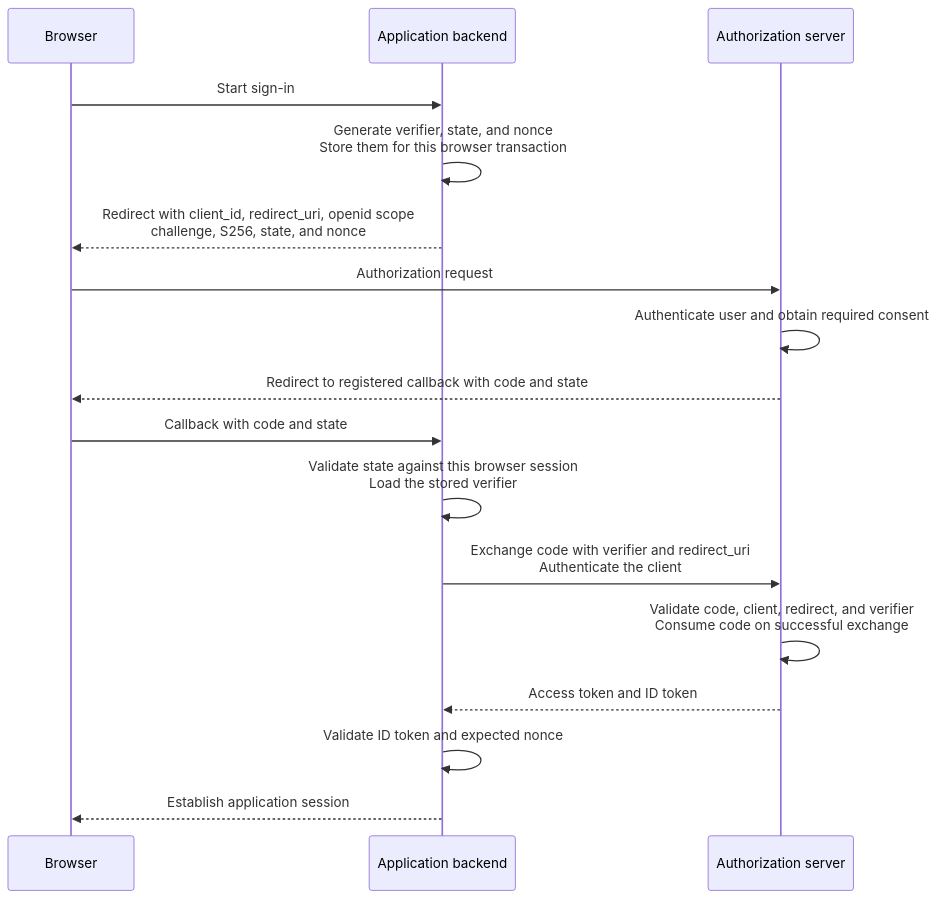
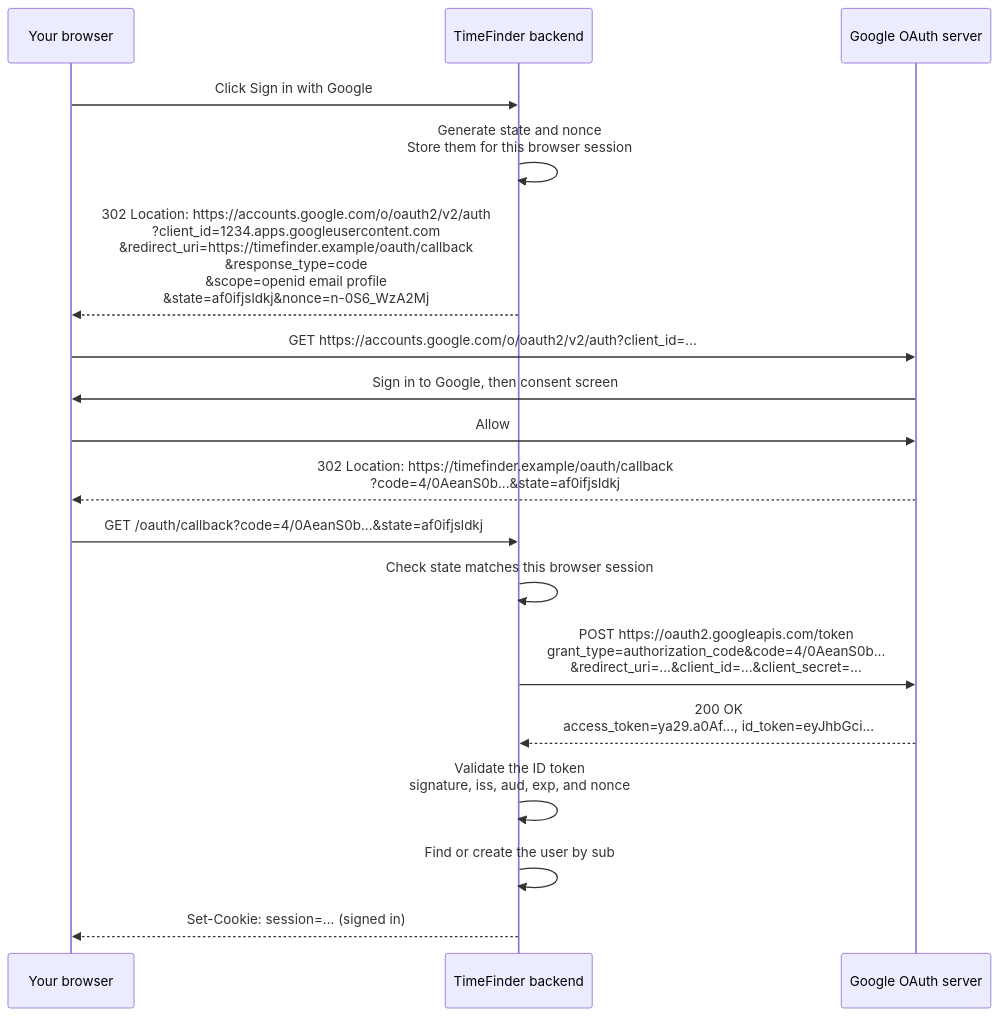
Before and after one commit to fsw0422/sd-handbook: the third of 5 diagrams in cheatsheets/oauth.md, drawn with Mermaid. The commit also changed other lines of this file and 1 other file, not shown here.

First line of the commit message:
docs: add URLs to OAuth diagrams, explain app-only access, split OIDC from PKCE

````diff
--- a/cheatsheets/oauth.md
+++ b/cheatsheets/oauth.md
@@ -122,20 +163,21 @@
 ```mermaid
 sequenceDiagram
-    participant B as Browser
-    participant C as Application backend
-    participant A as Authorization server
+    participant U as Your browser
+    participant T as TimeFinder backend
+    participant G as Google OAuth server
 
-    B->>C: Start sign-in
-    C->>C: Generate verifier, state, and nonce<br/>Store them for this browser transaction
-    C-->>B: Redirect with client_id, redirect_uri, openid scope<br/>challenge, S256, state, and nonce
-    B->>A: Authorization request
-    A->>A: Authenticate user and obtain required consent
-    A-->>B: Redirect to registered callback with code and state
-    B->>C: Callback with code and state
-    C->>C: Validate state against this browser session<br/>Load the stored verifier
-    C->>A: Exchange code with verifier and redirect_uri<br/>Authenticate the client
-    A->>A: Validate code, client, redirect, and verifier<br/>Consume code on successful exchange
-    A-->>C: Access token and ID token
-    C->>C: Validate ID token and expected nonce
-    C-->>B: Establish application session
+    U->>T: Click Sign in with Google
+    T->>T: Generate state and nonce<br/>Store them for this browser session
+    T-->>U: 302 Location: https://accounts.google.com/o/oauth2/v2/auth<br/>?client_id=1234.apps.googleusercontent.com<br/>&redirect_uri=https://timefinder.example/oauth/callback<br/>&response_type=code<br/>&scope=openid email profile<br/>&state=af0ifjsldkj&nonce=n-0S6_WzA2Mj
+    U->>G: GET https://accounts.google.com/o/oauth2/v2/auth?client_id=...
+    G->>U: Sign in to Google, then consent screen
+    U->>G: Allow
+    G-->>U: 302 Location: https://timefinder.example/oauth/callback<br/>?code=4/0AeanS0b...&state=af0ifjsldkj
+    U->>T: GET /oauth/callback?code=4/0AeanS0b...&state=af0ifjsldkj
+    T->>T: Check state matches this browser session
+    T->>G: POST https://oauth2.googleapis.com/token<br/>grant_type=authorization_code&code=4/0AeanS0b...<br/>&redirect_uri=...&client_id=...&client_secret=...
+    G-->>T: 200 OK<br/>access_token=ya29.a0Af..., id_token=eyJhbGci...
+    T->>T: Validate the ID token<br/>signature, iss, aud, exp, and nonce
+    T->>T: Find or create the user by sub
+    T-->>U: Set-Cookie: session=... (signed in)
 ```
````
